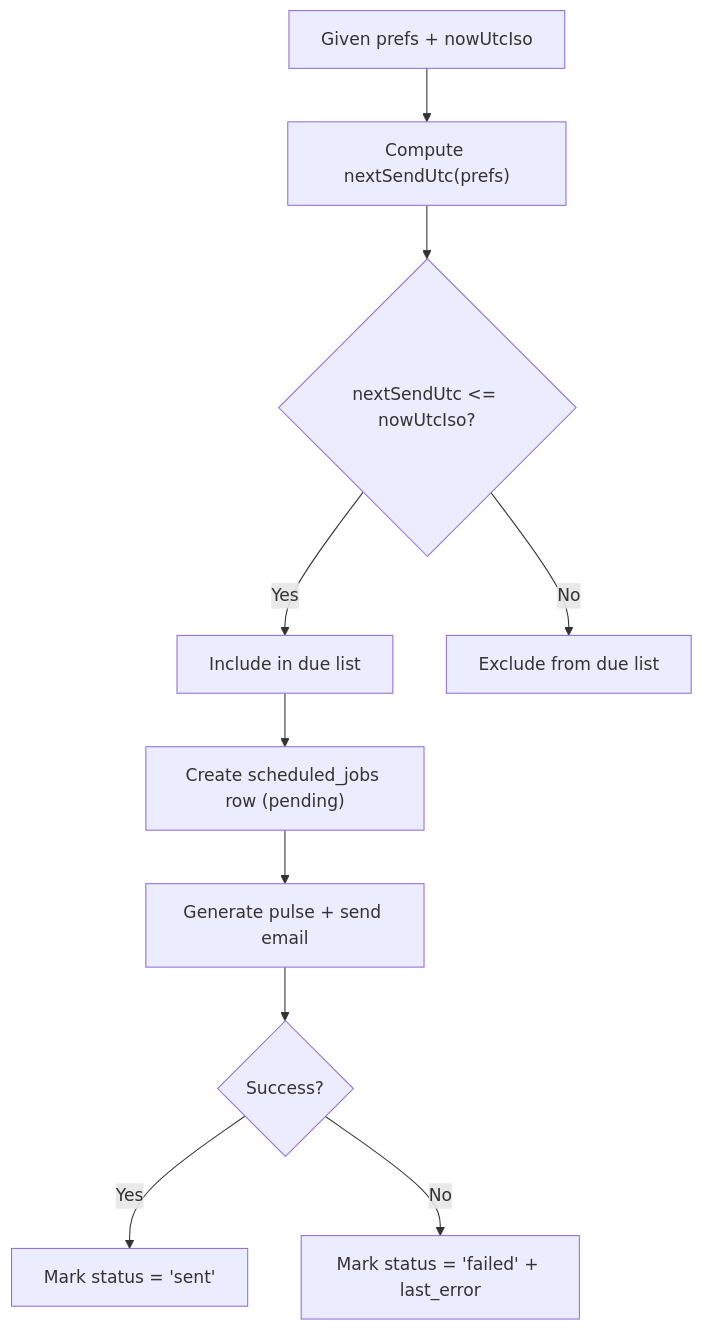
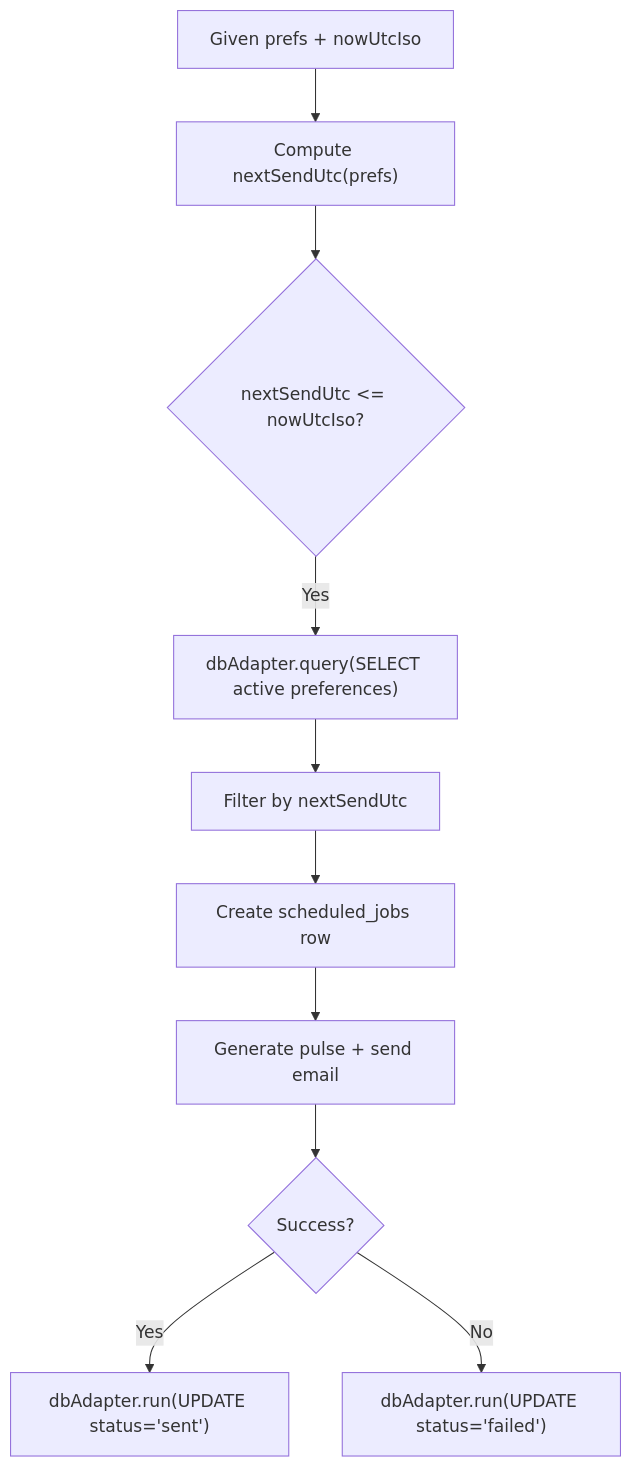
The fifth of 8 diagrams in .qoder/repowiki/en/content/Phase 2_ Advanced Analytics & Automation/User Preferences Management.md (aravinthraj-ramalingam/Groww-App-Review-Insights-Analyzer-), drawn with Mermaid before and after one commit. The commit also changed other lines of this file and 10 other files, not shown here.

````diff
--- a/.qoder/repowiki/en/content/Phase 2_ Advanced Analytics & Automation/User Preferences Management.md
+++ b/.qoder/repowiki/en/content/Phase 2_ Advanced Analytics & Automation/User Preferences Management.md
@@ -237,12 +304,12 @@
 ```mermaid
 flowchart TD
 A["Given prefs + nowUtcIso"] --> B["Compute nextSendUtc(prefs)"]
 B --> C{"nextSendUtc <= nowUtcIso?"}
-C --> |Yes| D["Include in due list"]
-C --> |No| E["Exclude from due list"]
-D --> F["Create scheduled_jobs row (pending)"]
+C --> |Yes| D["dbAdapter.query(SELECT active preferences)"]
+D --> E["Filter by nextSendUtc"]
+E --> F["Create scheduled_jobs row"]
 F --> G["Generate pulse + send email"]
 G --> H{"Success?"}
-H --> |Yes| I["Mark status = 'sent'"]
-H --> |No| J["Mark status = 'failed' + last_error"]
+H --> |Yes| I["dbAdapter.run(UPDATE status='sent')"]
+H --> |No| J["dbAdapter.run(UPDATE status='failed')"]
 ```
````
